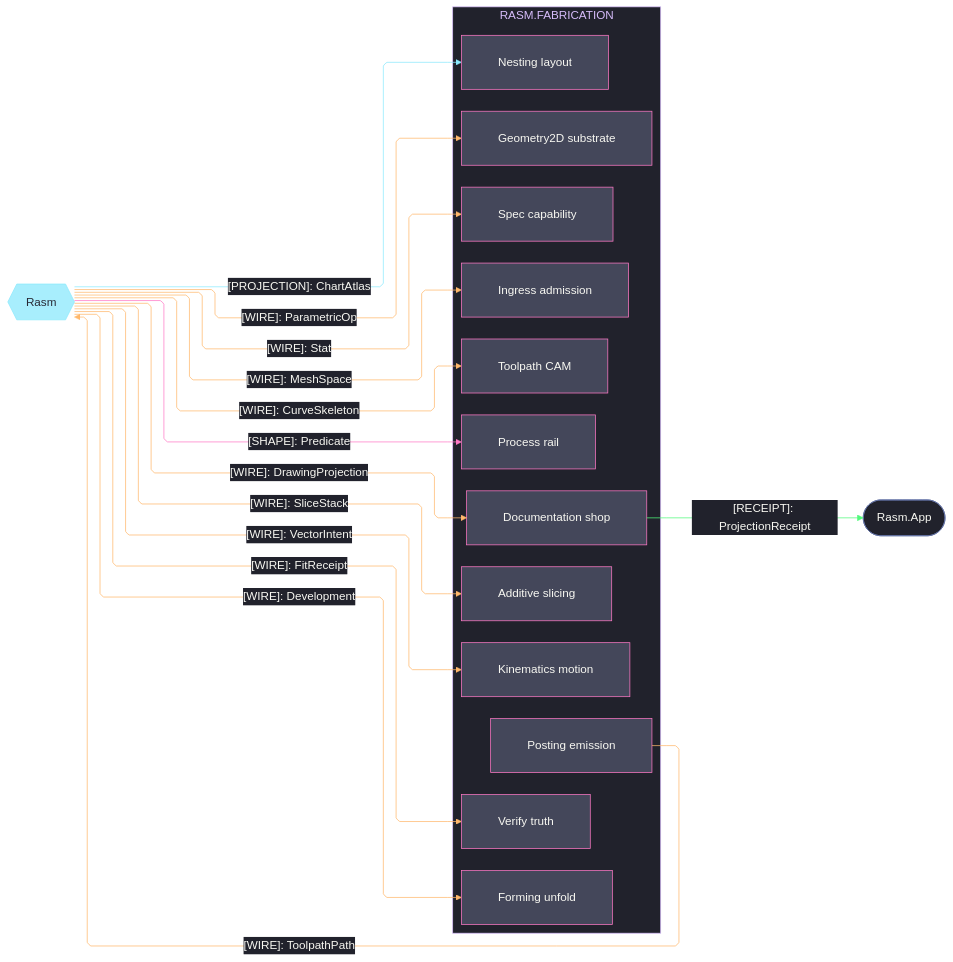
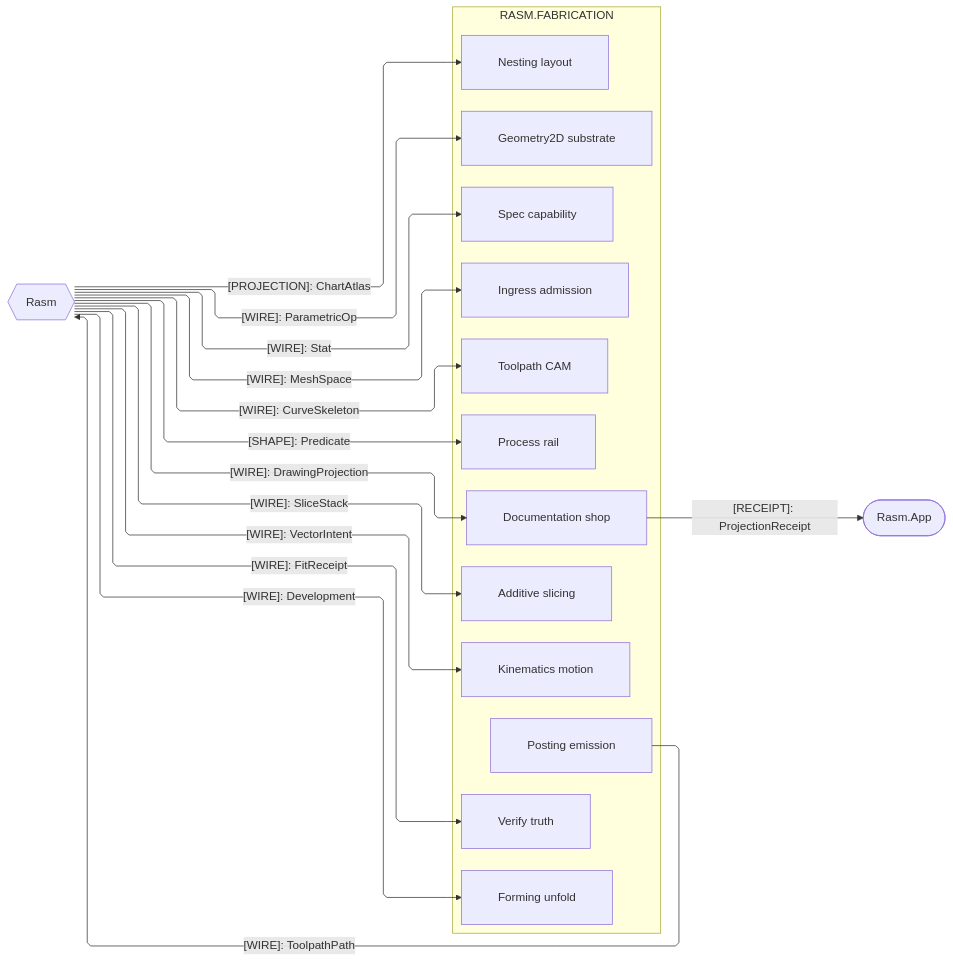
The third of 3 diagrams in libs/csharp/Rasm.Fabrication/ARCHITECTURE.md (bsamiee/Rasm), drawn with Mermaid before and after one commit. The commit also changed other lines of this file and 460 other files, not shown here.

````diff
--- a/libs/csharp/Rasm.Fabrication/ARCHITECTURE.md
+++ b/libs/csharp/Rasm.Fabrication/ARCHITECTURE.md
@@ -255,74 +209,41 @@
 ```mermaid
 ---
 config:
-  theme: base
-  look: classic
   layout: elk
   flowchart:
     curve: linear
     padding: 25
-  themeVariables:
-    darkMode: true
-    fontFamily: "SF Mono, Menlo, Cascadia Mono, Segoe UI Mono, Consolas, monospace"
-    useGradient: false
-    dropShadow: "none"
-    background: "#282A36"
-    primaryColor: "#44475A"
-    primaryTextColor: "#F8F8F2"
-    primaryBorderColor: "#BD93F9"
-    lineColor: "#FF79C6"
-    textColor: "#F8F8F2"
-    clusterBkg: "#21222C"
-    clusterBorder: "#D6BCFA"
-    edgeLabelBackground: "#21222C"
-    labelBackgroundColor: "#21222C"
-    titleColor: "#D6BCFA"
-  themeCSS: ".nodeLabel{font-size:13px;font-weight:500}.edgeLabel{font-size:12px;font-weight:500}.cluster-label .nodeLabel{font-size:13.5px;font-weight:700;letter-spacing:.08em}.edge-thickness-normal{stroke-width:2px}.edge-thickness-thick{stroke-width:3px}.edge-pattern-dashed,.edge-pattern-dotted{stroke-width:1.5px;stroke-dasharray:4 6}.node rect,.node circle,.node polygon,.node path,.node .outer-path{stroke-width:1.5px;filter:none!important}.cluster rect{stroke-width:1px!important;stroke-dasharray:5 4!important;filter:none!important}.marker path{transform:scale(.8);transform-origin:5px 5px}.marker circle{transform:scale(.48);transform-origin:5px 5px}.edgeLabel rect{transform-box:fill-box;transform-origin:center;transform:scale(1.1,1.2)}"
 ---
 flowchart LR
     accTitle: Fabrication kernel and platform seams
-    accDescr: Fabrication sub-domain owners consuming kernel geometry from Rasm, publishing the toolpath pack back into it, and delivering the hidden-line receipt to the app shell, edge rails colored by kind and nodes classed by seam direction.
+    accDescr: Fabrication sub-domain owners consuming kernel geometry from Rasm, publishing the toolpath pack back into it, and delivering the hidden-line receipt to the app shell, one labeled edge per contract family.
     subgraph fabrication[RASM.FABRICATION]
         Process[Process rail]
         Ingress[Ingress admission]
         Geometry2D[Geometry2D substrate]
         Toolpath[Toolpath CAM]
         Additive[Additive slicing]
         Forming[Forming unfold]
         Kinematics[Kinematics motion]
         Nesting[Nesting layout]
         Spec[Spec capability]
         Verify[Verify truth]
         Documentation[Documentation shop]
         Posting[Posting emission]
     end
     Rasm{{Rasm}}
     App([Rasm.App])
     Rasm e1@-->|"[SHAPE]: Predicate"| Process
     Rasm e2@-->|"[WIRE]: MeshSpace"| Ingress
     Rasm e3@-->|"[WIRE]: ParametricOp"| Geometry2D
     Rasm e4@-->|"[WIRE]: CurveSkeleton"| Toolpath
     Rasm e5@-->|"[WIRE]: SliceStack"| Additive
     Rasm e6@-->|"[WIRE]: Development"| Forming
     Rasm e7@-->|"[WIRE]: VectorIntent"| Kinematics
     Rasm e9@-->|"[PROJECTION]: ChartAtlas"| Nesting
     Rasm e10@-->|"[WIRE]: Stat"| Spec
     Rasm e11@-->|"[WIRE]: FitReceipt"| Verify
     Rasm e12@-->|"[WIRE]: DrawingProjection"| Documentation
     Posting e13@-->|"[WIRE]: ToolpathPath"| Rasm
     Documentation e14@-->|"[RECEIPT]: ProjectionReceipt"| App
-    classDef primary fill:#44475A,stroke:#FF79C6,color:#F8F8F2
-    classDef external fill:#8BE9FDBF,stroke:#8BE9FD,color:#282A36
-    classDef annotation fill:#21222C,stroke:#6272A4,color:#F8F8F2
-    classDef edgeData stroke:#FFB86C,color:#F8F8F2
-    classDef edgeSuccess stroke:#50FA7B,color:#F8F8F2
-    classDef edgeExternal stroke:#8BE9FD,color:#F8F8F2
-    classDef edgeControl stroke:#FF79C6,color:#F8F8F2
-    class Process,Ingress,Geometry2D,Toolpath,Additive,Forming,Kinematics,Nesting,Spec,Verify,Documentation,Posting primary
-    class Rasm external
-    class App annotation
-    class e2,e3,e4,e5,e6,e7,e10,e11,e12,e13 edgeData
-    class e1 edgeControl
-    class e9 edgeExternal
-    class e14 edgeSuccess
 ```
````
